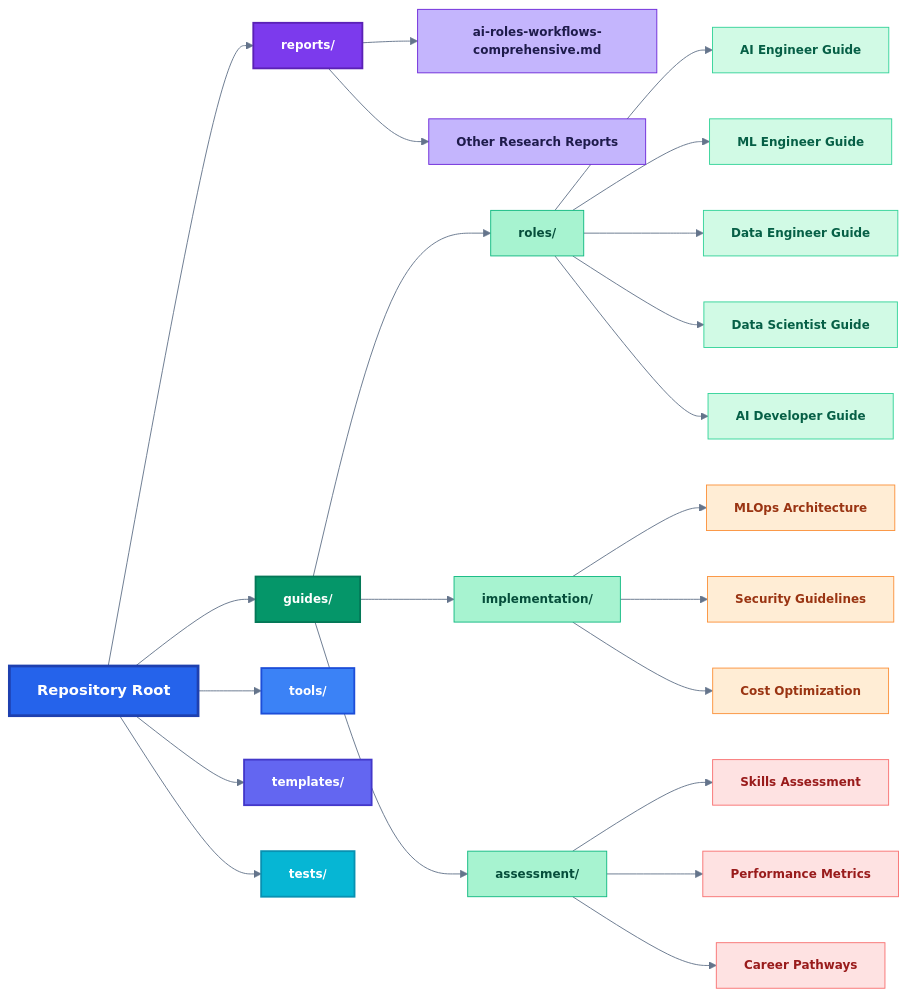
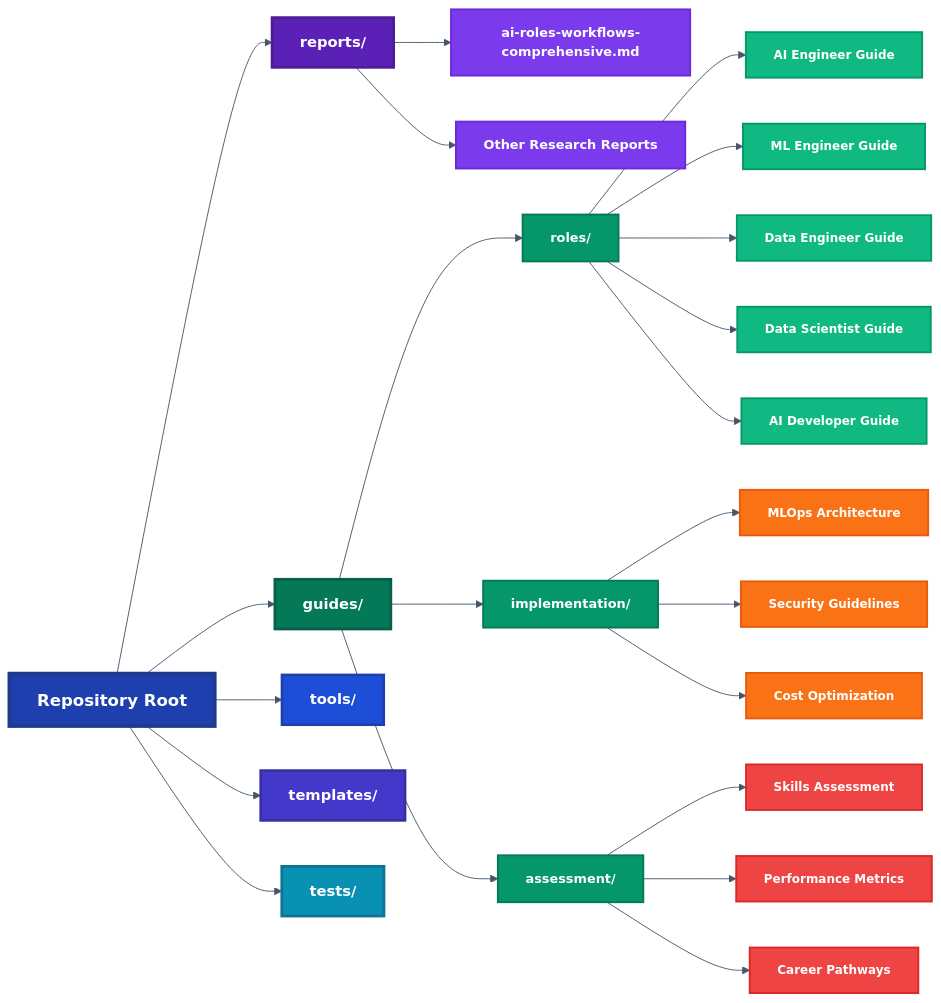
Before and after one commit to khaosans/articles: the third of 4 diagrams in README.md, drawn with Mermaid. The commit also changed other lines of this file and 1 other file, not shown here.

First line of the commit message:
🎨 Enhanced Visual Design & Professional Styling (#8)

````diff
--- a/README.md
+++ b/README.md
@@ -131,70 +137,70 @@
 ```mermaid
-%%{init: {'theme': 'base', 'themeVariables': { 'fontSize': '13px', 'fontFamily': 'Segoe UI, Arial, sans-serif', 'primaryColor': '#2563eb', 'primaryTextColor': '#ffffff', 'primaryBorderColor': '#1e40af', 'lineColor': '#64748b', 'secondaryColor': '#7c3aed', 'tertiaryColor': '#059669'}}}%%
+%%{init: {'theme': 'base', 'themeVariables': { 'fontSize': '14px', 'fontFamily': 'Segoe UI, Arial, sans-serif', 'primaryColor': '#1e40af', 'primaryTextColor': '#ffffff', 'primaryBorderColor': '#1e3a8a', 'lineColor': '#475569', 'secondaryColor': '#5b21b6', 'tertiaryColor': '#047857'}}}%%
 graph LR
     A["Repository Root"] --> B["reports/"]
     A --> C["guides/"]
     A --> D["tools/"]
     A --> E["templates/"]
     A --> F["tests/"]
     
     B --> B1["ai-roles-workflows-comprehensive.md"]
     B --> B2["Other Research Reports"]
     
     C --> C1["roles/"]
     C --> C2["implementation/"]
     C --> C3["assessment/"]
     
     C1 --> C1A["AI Engineer Guide"]
     C1 --> C1B["ML Engineer Guide"]
     C1 --> C1C["Data Engineer Guide"]
     C1 --> C1D["Data Scientist Guide"]
     C1 --> C1E["AI Developer Guide"]
     
     C2 --> C2A["MLOps Architecture"]
     C2 --> C2B["Security Guidelines"]
     C2 --> C2C["Cost Optimization"]
     
     C3 --> C3A["Skills Assessment"]
     C3 --> C3B["Performance Metrics"]
     C3 --> C3C["Career Pathways"]
     
-    %% Main repository styling
-    style A fill:#2563eb,stroke:#1e40af,stroke-width:3px,color:#ffffff,font-weight:bold,font-size:16px
+    %% Enhanced styling with better contrast and readability
+    style A fill:#1e40af,stroke:#1e3a8a,stroke-width:4px,color:#ffffff,font-weight:bold,font-size:18px
     
-    %% Reports - Purple theme
-    style B fill:#7c3aed,stroke:#5b21b6,stroke-width:2px,color:#ffffff,font-weight:bold
-    style B1 fill:#c4b5fd,stroke:#6d28d9,stroke-width:1px,color:#1e1b4b,font-weight:bold
-    style B2 fill:#c4b5fd,stroke:#6d28d9,stroke-width:1px,color:#1e1b4b,font-weight:bold
+    %% Reports - Enhanced Purple theme
+    style B fill:#5b21b6,stroke:#4c1d95,stroke-width:3px,color:#ffffff,font-weight:bold,font-size:16px
+    style B1 fill:#7c3aed,stroke:#6d28d9,stroke-width:2px,color:#ffffff,font-weight:bold,font-size:14px
+    style B2 fill:#7c3aed,stroke:#6d28d9,stroke-width:2px,color:#ffffff,font-weight:bold,font-size:14px
     
-    %% Guides - Green theme
-    style C fill:#059669,stroke:#047857,stroke-width:2px,color:#ffffff,font-weight:bold
-    style C1 fill:#a7f3d0,stroke:#10b981,stroke-width:1px,color:#064e3b,font-weight:bold
-    style C2 fill:#a7f3d0,stroke:#10b981,stroke-width:1px,color:#064e3b,font-weight:bold
-    style C3 fill:#a7f3d0,stroke:#10b981,stroke-width:1px,color:#064e3b,font-weight:bold
+    %% Guides - Enhanced Green theme
+    style C fill:#047857,stroke:#065f46,stroke-width:3px,color:#ffffff,font-weight:bold,font-size:16px
+    style C1 fill:#059669,stroke:#047857,stroke-width:2px,color:#ffffff,font-weight:bold,font-size:14px
+    style C2 fill:#059669,stroke:#047857,stroke-width:2px,color:#ffffff,font-weight:bold,font-size:14px
+    style C3 fill:#059669,stroke:#047857,stroke-width:2px,color:#ffffff,font-weight:bold,font-size:14px
     
-    %% Role guides - Light green
-    style C1A fill:#d1fae5,stroke:#34d399,stroke-width:1px,color:#065f46,font-weight:bold
-    style C1B fill:#d1fae5,stroke:#34d399,stroke-width:1px,color:#065f46,font-weight:bold
-    style C1C fill:#d1fae5,stroke:#34d399,stroke-width:1px,color:#065f46,font-weight:bold
-    style C1D fill:#d1fae5,stroke:#34d399,stroke-width:1px,color:#065f46,font-weight:bold
-    style C1E fill:#d1fae5,stroke:#34d399,stroke-width:1px,color:#065f46,font-weight:bold
+    %% Role guides - Enhanced light green
+    style C1A fill:#10b981,stroke:#059669,stroke-width:2px,color:#ffffff,font-weight:bold,font-size:13px
+    style C1B fill:#10b981,stroke:#059669,stroke-width:2px,color:#ffffff,font-weight:bold,font-size:13px
+    style C1C fill:#10b981,stroke:#059669,stroke-width:2px,color:#ffffff,font-weight:bold,font-size:13px
+    style C1D fill:#10b981,stroke:#059669,stroke-width:2px,color:#ffffff,font-weight:bold,font-size:13px
+    style C1E fill:#10b981,stroke:#059669,stroke-width:2px,color:#ffffff,font-weight:bold,font-size:13px
     
-    %% Implementation guides - Light orange
-    style C2A fill:#ffedd5,stroke:#fb923c,stroke-width:1px,color:#9a3412,font-weight:bold
-    style C2B fill:#ffedd5,stroke:#fb923c,stroke-width:1px,color:#9a3412,font-weight:bold
-    style C2C fill:#ffedd5,stroke:#fb923c,stroke-width:1px,color:#9a3412,font-weight:bold
+    %% Implementation guides - Enhanced light orange
+    style C2A fill:#f97316,stroke:#ea580c,stroke-width:2px,color:#ffffff,font-weight:bold,font-size:13px
+    style C2B fill:#f97316,stroke:#ea580c,stroke-width:2px,color:#ffffff,font-weight:bold,font-size:13px
+    style C2C fill:#f97316,stroke:#ea580c,stroke-width:2px,color:#ffffff,font-weight:bold,font-size:13px
     
-    %% Assessment guides - Light red
-    style C3A fill:#fee2e2,stroke:#f87171,stroke-width:1px,color:#991b1b,font-weight:bold
-    style C3B fill:#fee2e2,stroke:#f87171,stroke-width:1px,color:#991b1b,font-weight:bold
-    style C3C fill:#fee2e2,stroke:#f87171,stroke-width:1px,color:#991b1b,font-weight:bold
+    %% Assessment guides - Enhanced light red
+    style C3A fill:#ef4444,stroke:#dc2626,stroke-width:2px,color:#ffffff,font-weight:bold,font-size:13px
+    style C3B fill:#ef4444,stroke:#dc2626,stroke-width:2px,color:#ffffff,font-weight:bold,font-size:13px
+    style C3C fill:#ef4444,stroke:#dc2626,stroke-width:2px,color:#ffffff,font-weight:bold,font-size:13px
     
-    %% Tools - Blue theme
-    style D fill:#3b82f6,stroke:#1d4ed8,stroke-width:2px,color:#ffffff,font-weight:bold
+    %% Tools - Enhanced Blue theme
+    style D fill:#1d4ed8,stroke:#1e40af,stroke-width:3px,color:#ffffff,font-weight:bold,font-size:16px
     
-    %% Templates - Indigo theme
-    style E fill:#6366f1,stroke:#4338ca,stroke-width:2px,color:#ffffff,font-weight:bold
+    %% Templates - Enhanced Indigo theme
+    style E fill:#4338ca,stroke:#3730a3,stroke-width:3px,color:#ffffff,font-weight:bold,font-size:16px
     
-    %% Tests - Cyan theme
-    style F fill:#06b6d4,stroke:#0891b2,stroke-width:2px,color:#ffffff,font-weight:bold
+    %% Tests - Enhanced Cyan theme
+    style F fill:#0891b2,stroke:#0e7490,stroke-width:3px,color:#ffffff,font-weight:bold,font-size:16px
 ```
````
